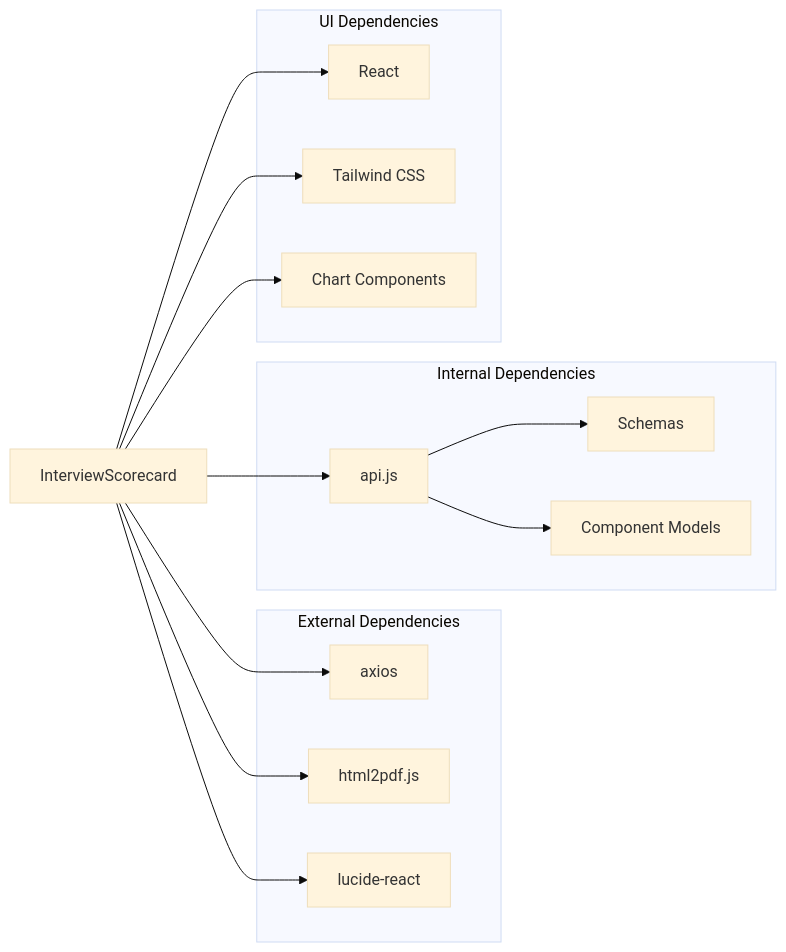
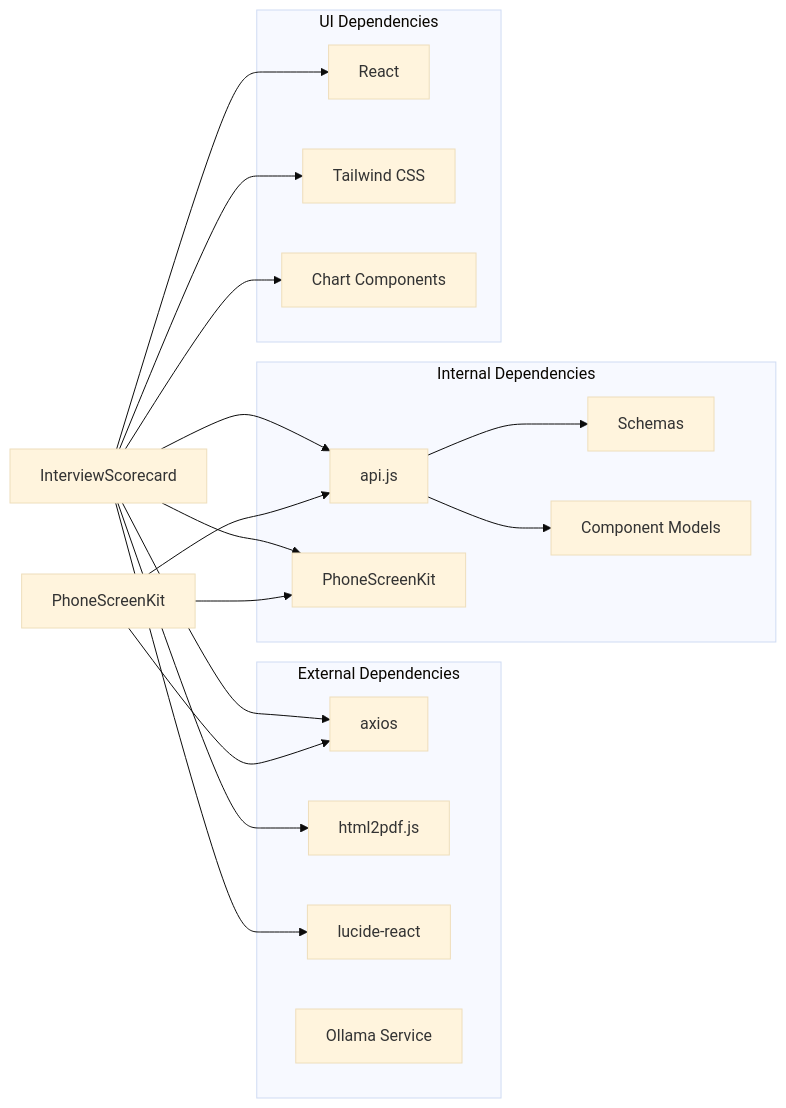
Before and after one commit to Revanththetalogics/aireume: the tenth of 10 diagrams in .qoder/repowiki/en/content/Frontend Architecture/Component Library/Interview Scorecard Component.md, drawn with Mermaid (base theme). The commit also changed other lines of this file and 6 other files, not shown here.

Commit message:
fix: inline resume display for Word formats in phone screen split-view

````diff
--- a/.qoder/repowiki/en/content/Frontend Architecture/Component Library/Interview Scorecard Component.md
+++ b/.qoder/repowiki/en/content/Frontend Architecture/Component Library/Interview Scorecard Component.md
@@ -449,27 +669,33 @@
 ```mermaid
 graph LR
 subgraph "External Dependencies"
 AX[axios]
 HP[html2pdf.js]
 LR[lucide-react]
+OLL[Ollama Service]
 end
 subgraph "Internal Dependencies"
 API[api.js]
 SC[Schemas]
 CM[Component Models]
+PSK[PhoneScreenKit]
 end
 subgraph "UI Dependencies"
 RC[React]
 TS[Tailwind CSS]
 CH[Chart Components]
 end
 InterviewScorecard --> AX
 InterviewScorecard --> HP
 InterviewScorecard --> LR
 InterviewScorecard --> API
+InterviewScorecard --> PSK
 API --> SC
 API --> CM
+PhoneScreenKit --> AX
+PhoneScreenKit --> API
+PhoneScreenKit --> PSK
 InterviewScorecard --> RC
 InterviewScorecard --> TS
 InterviewScorecard --> CH
 ```
````
